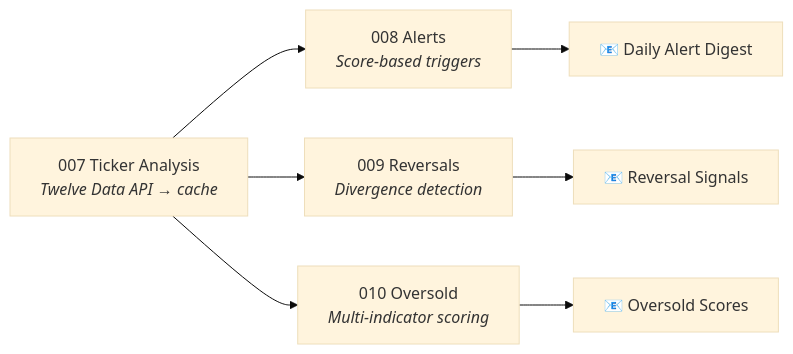
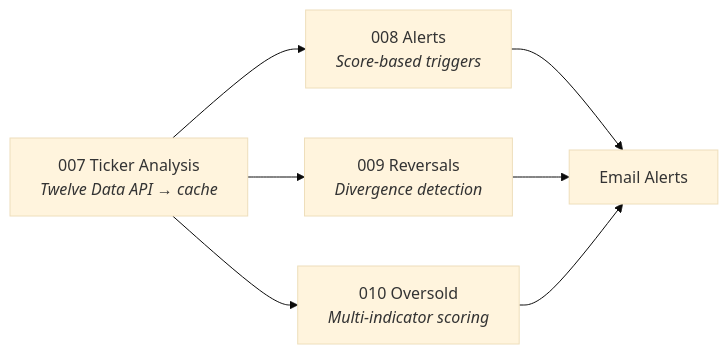
Before and after one commit to alexbesp18/alex-bespalov-portfolio: the diagram in README.md, drawn with Mermaid (base theme). The commit also changed other lines of this file, not shown here.

````diff
--- a/README.md
+++ b/README.md
@@ -22,9 +22,9 @@
 ```mermaid
 graph LR
     A["007 Ticker Analysis<br/><i>Twelve Data API → cache</i>"] --> B["008 Alerts<br/><i>Score-based triggers</i>"]
     A --> C["009 Reversals<br/><i>Divergence detection</i>"]
     A --> D["010 Oversold<br/><i>Multi-indicator scoring</i>"]
-    B --> E["📧 Daily Alert Digest"]
-    C --> F["📧 Reversal Signals"]
-    D --> G["📧 Oversold Scores"]
+    B --> E["Email Alerts"]
+    C --> E
+    D --> E
 ```
````
